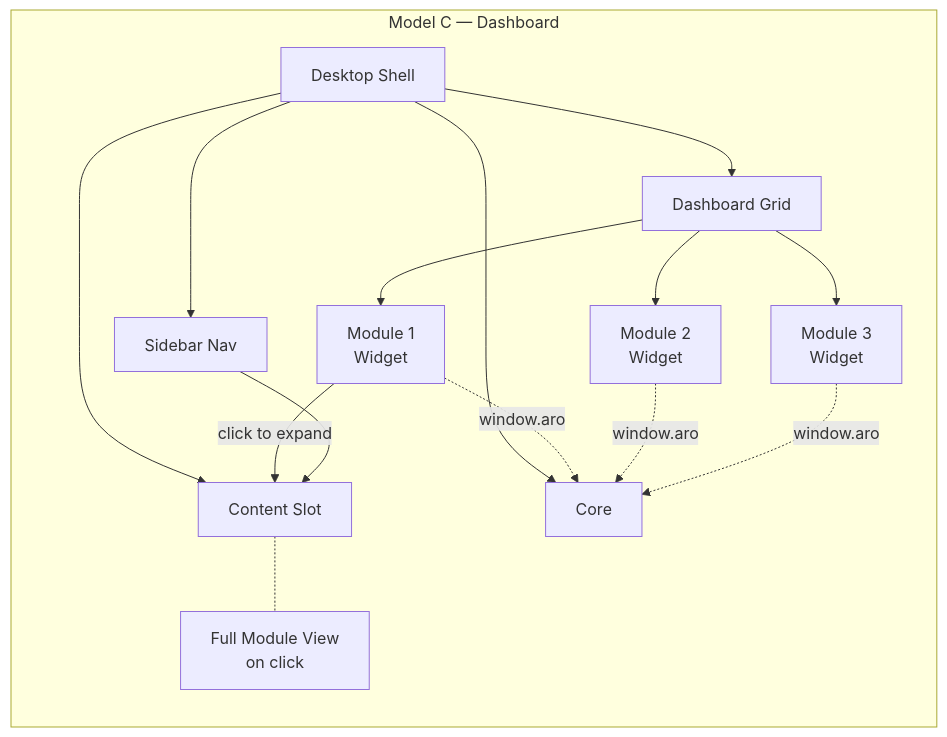
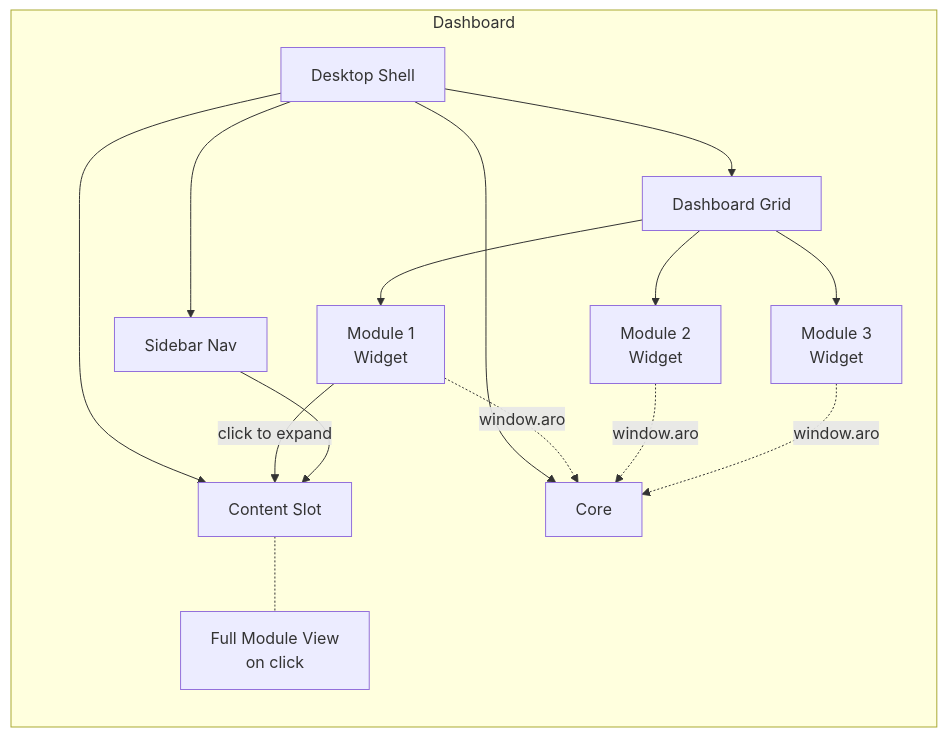
The third of 4 diagrams in diagrams/module-models.md (jeremysykes/aro-studio-apps-dev), drawn with Mermaid before and after one commit. The commit also changed other lines of this file and 15 other files, not shown here.

Commit message:
feat: added new dashboard model

````diff
--- a/diagrams/module-models.md
+++ b/diagrams/module-models.md
@@ -52,29 +52,29 @@
 ```mermaid
 flowchart TB
-  subgraph ModelC ["Model C — Dashboard"]
+  subgraph ModelC ["Dashboard"]
     direction TB
     DesktopC[Desktop Shell]
     SidebarC[Sidebar Nav]
     DashboardC[Dashboard Grid]
     Widget1[Module 1<br/>Widget]
     Widget2[Module 2<br/>Widget]
     Widget3[Module 3<br/>Widget]
     ContentC[Content Slot]
     FullView[Full Module View<br/>on click]
     CoreC[Core]
 
     DesktopC --> SidebarC
     DesktopC --> DashboardC
     DesktopC --> ContentC
     DesktopC --> CoreC
     DashboardC --> Widget1
     DashboardC --> Widget2
     DashboardC --> Widget3
     Widget1 -->|click to expand| ContentC
     SidebarC --> ContentC
     ContentC -.- FullView
     Widget1 -.->|window.aro| CoreC
     Widget2 -.->|window.aro| CoreC
     Widget3 -.->|window.aro| CoreC
   end
 ```
````
